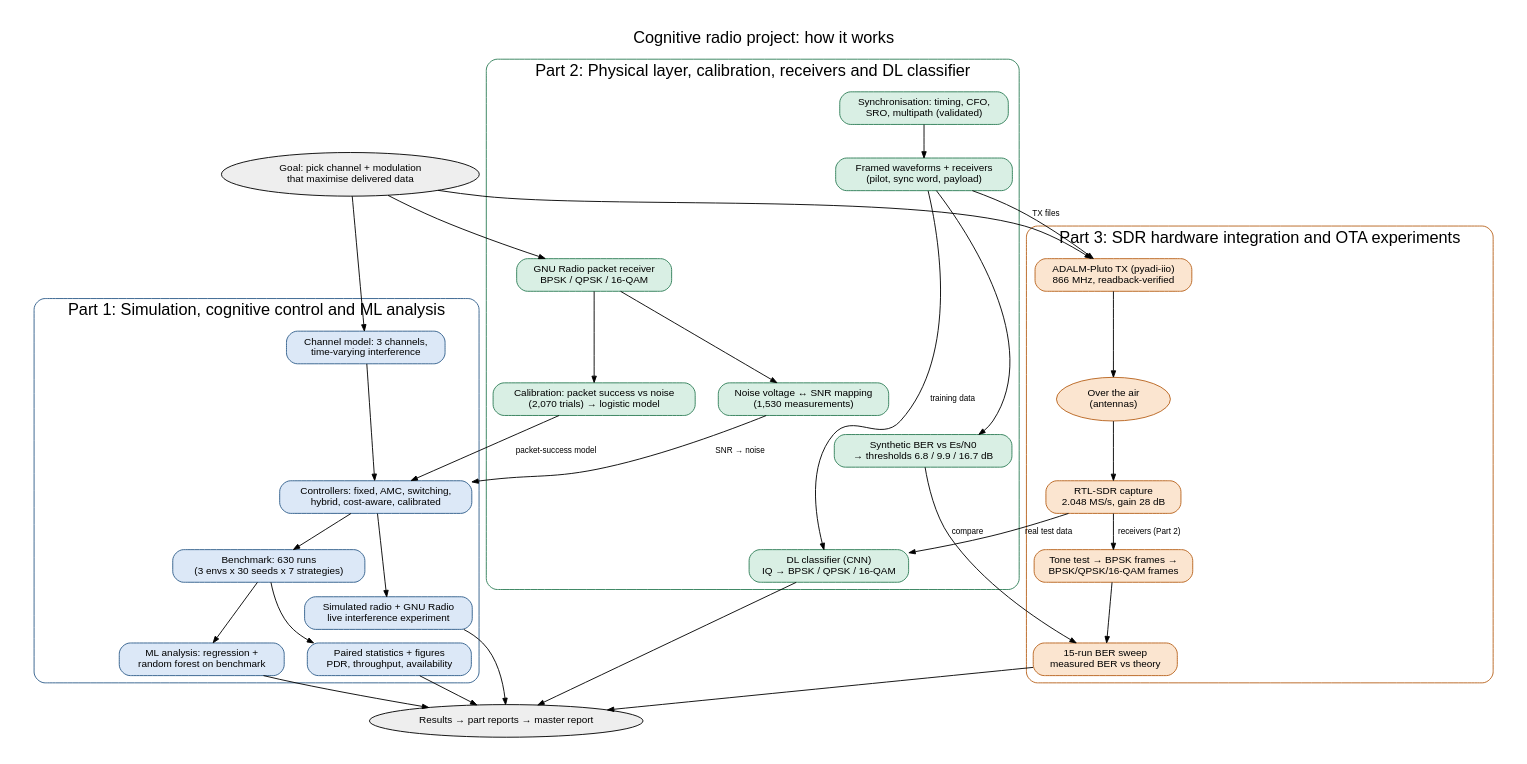
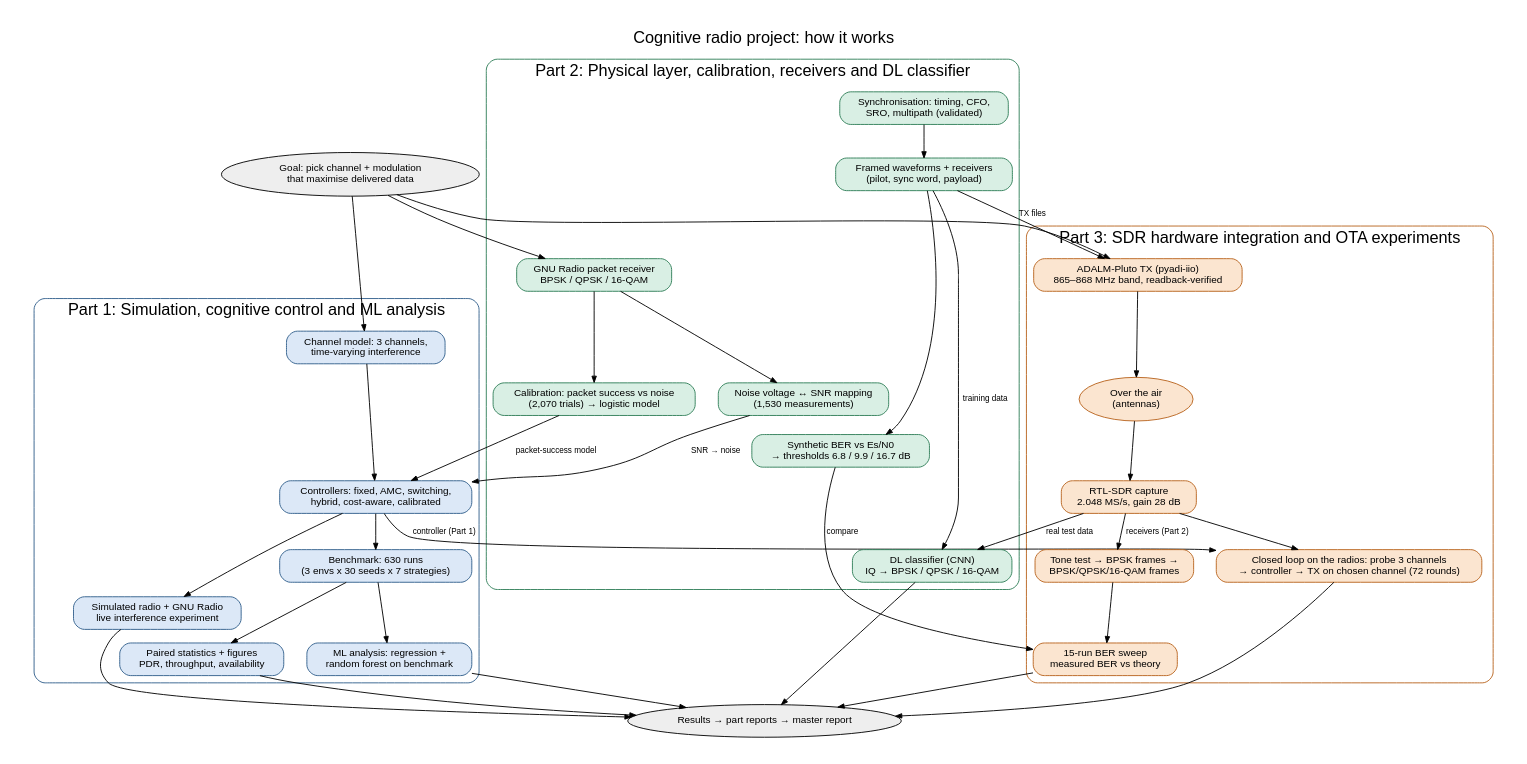
Before and after one commit to Aadiii21/cognitive-radio: the diagram in docs/flowcharts/01_project_workflow.dot, drawn with Graphviz. The commit also changed 490 other files, not shown here.

Commit message:
Closed-loop channel switching on real radios: 5 sessions, audit, reports updated

```diff
--- a/docs/flowcharts/01_project_workflow.dot
+++ b/docs/flowcharts/01_project_workflow.dot
@@ -1,59 +1,63 @@
 digraph W {
   graph [rankdir=TB, fontname="Helvetica", fontsize=18, labelloc=t, nodesep=0.35, ranksep=0.4, pad=0.3, newrank=true,
   label="Cognitive radio project: how it works"];
   node [fontname="Helvetica", fontsize=11, margin="0.15,0.07"];
   edge [arrowsize=0.7, fontsize=9, fontname="Helvetica"];
   start [shape=oval, style=filled, fillcolor="#EEEEEE", label="Goal: pick channel + modulation\nthat maximise delivered data"];
   subgraph cluster_1 { label="Part 1: Simulation, cognitive control and ML analysis"; color="#2F5D8A"; style=rounded;
   w_chan [shape=box, style="rounded,filled", fillcolor="#DCE8F7", color="#2F5D8A", label="Channel model: 3 channels,\ntime-varying interference"];
   w_ctrl [shape=box, style="rounded,filled", fillcolor="#DCE8F7", color="#2F5D8A", label="Controllers: fixed, AMC, switching,\nhybrid, cost-aware, calibrated"];
   w_bench [shape=box, style="rounded,filled", fillcolor="#DCE8F7", color="#2F5D8A", label="Benchmark: 630 runs\n(3 envs x 30 seeds x 7 strategies)"];
   w_stats [shape=box, style="rounded,filled", fillcolor="#DCE8F7", color="#2F5D8A", label="Paired statistics + figures\nPDR, throughput, availability"];
   w_ml [shape=box, style="rounded,filled", fillcolor="#DCE8F7", color="#2F5D8A", label="ML analysis: regression +\nrandom forest on benchmark"];
   w_srad [shape=box, style="rounded,filled", fillcolor="#DCE8F7", color="#2F5D8A", label="Simulated radio + GNU Radio\nlive interference experiment"];
   }
   subgraph cluster_2 { label="Part 2: Physical layer, calibration, receivers and DL classifier"; color="#2E7D57"; style=rounded;
   w_rx [shape=box, style="rounded,filled", fillcolor="#D9EFE4", color="#2E7D57", label="GNU Radio packet receiver\nBPSK / QPSK / 16-QAM"];
   w_cal [shape=box, style="rounded,filled", fillcolor="#D9EFE4", color="#2E7D57", label="Calibration: packet success vs noise\n(2,070 trials) → logistic model"];
   w_snr [shape=box, style="rounded,filled", fillcolor="#D9EFE4", color="#2E7D57", label="Noise voltage ↔ SNR mapping\n(1,530 measurements)"];
   w_sync [shape=box, style="rounded,filled", fillcolor="#D9EFE4", color="#2E7D57", label="Synchronisation: timing, CFO,\nSRO, multipath (validated)"];
   w_wave [shape=box, style="rounded,filled", fillcolor="#D9EFE4", color="#2E7D57", label="Framed waveforms + receivers\n(pilot, sync word, payload)"];
   w_ber [shape=box, style="rounded,filled", fillcolor="#D9EFE4", color="#2E7D57", label="Synthetic BER vs Es/N0\n→ thresholds 6.8 / 9.9 / 16.7 dB"];
   w_dl [shape=box, style="rounded,filled", fillcolor="#D9EFE4", color="#2E7D57", label="DL classifier (CNN)\nIQ → BPSK / QPSK / 16-QAM"];
   }
   subgraph cluster_3 { label="Part 3: SDR hardware integration and OTA experiments"; color="#B8621B"; style=rounded;
-  w_tx [shape=box, style="rounded,filled", fillcolor="#FBE5D0", color="#B8621B", label="ADALM-Pluto TX (pyadi-iio)\n866 MHz, readback-verified"];
+  w_tx [shape=box, style="rounded,filled", fillcolor="#FBE5D0", color="#B8621B", label="ADALM-Pluto TX (pyadi-iio)\n865–868 MHz band, readback-verified"];
   w_air [shape=ellipse, style="rounded,filled", fillcolor="#FBE5D0", color="#B8621B", label="Over the air\n(antennas)"];
   w_rtl [shape=box, style="rounded,filled", fillcolor="#FBE5D0", color="#B8621B", label="RTL-SDR capture\n2.048 MS/s, gain 28 dB"];
   w_tests [shape=box, style="rounded,filled", fillcolor="#FBE5D0", color="#B8621B", label="Tone test → BPSK frames →\nBPSK/QPSK/16-QAM frames"];
   w_sweep [shape=box, style="rounded,filled", fillcolor="#FBE5D0", color="#B8621B", label="15-run BER sweep\nmeasured BER vs theory"];
+  w_cl [shape=box, style="rounded,filled", fillcolor="#FBE5D0", color="#B8621B", label="Closed loop on the radios: probe 3 channels\n→ controller → TX on chosen channel (72 rounds)"];
   }
   done [shape=oval, style=filled, fillcolor="#EEEEEE", label="Results → part reports → master report"];
   start -> w_chan;
   start -> w_rx;
   start -> w_tx;
   w_rx -> w_cal;
   w_cal -> w_ctrl [label="packet-success model"];
   w_snr -> w_ctrl [label="SNR → noise"];
   w_chan -> w_ctrl;
   w_ctrl -> w_bench;
   w_bench -> w_stats;
   w_bench -> w_ml;
   w_ctrl -> w_srad;
   w_sync -> w_wave;
   w_wave -> w_ber;
   w_wave -> w_tx [label="TX files"];
   w_tx -> w_air;
   w_air -> w_rtl;
   w_rtl -> w_tests [label="receivers (Part 2)"];
   w_tests -> w_sweep;
   w_ber -> w_sweep [label="compare"];
   w_wave -> w_dl [label="training data"];
   w_rtl -> w_dl [label="real test data"];
   w_rx -> w_snr;
   w_stats -> done;
   w_ml -> done;
   w_sweep -> done;
   w_dl -> done;
   w_srad -> done;
+  w_ctrl -> w_cl [label="controller (Part 1)"];
+  w_rtl -> w_cl;
+  w_cl -> done;
 }
```
